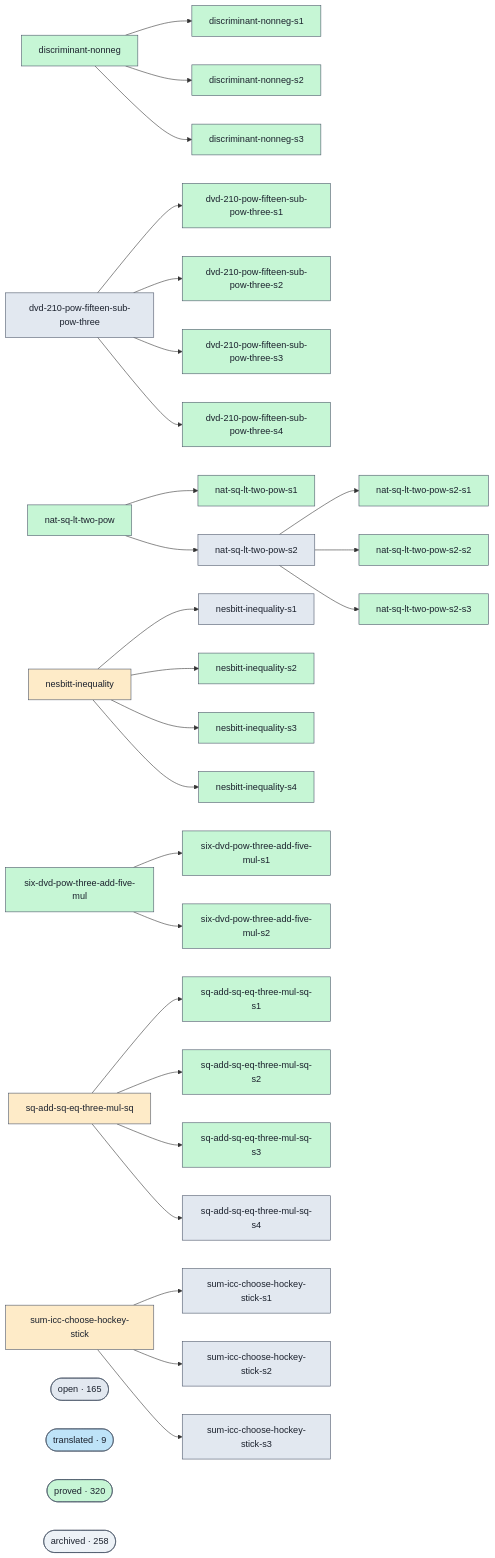
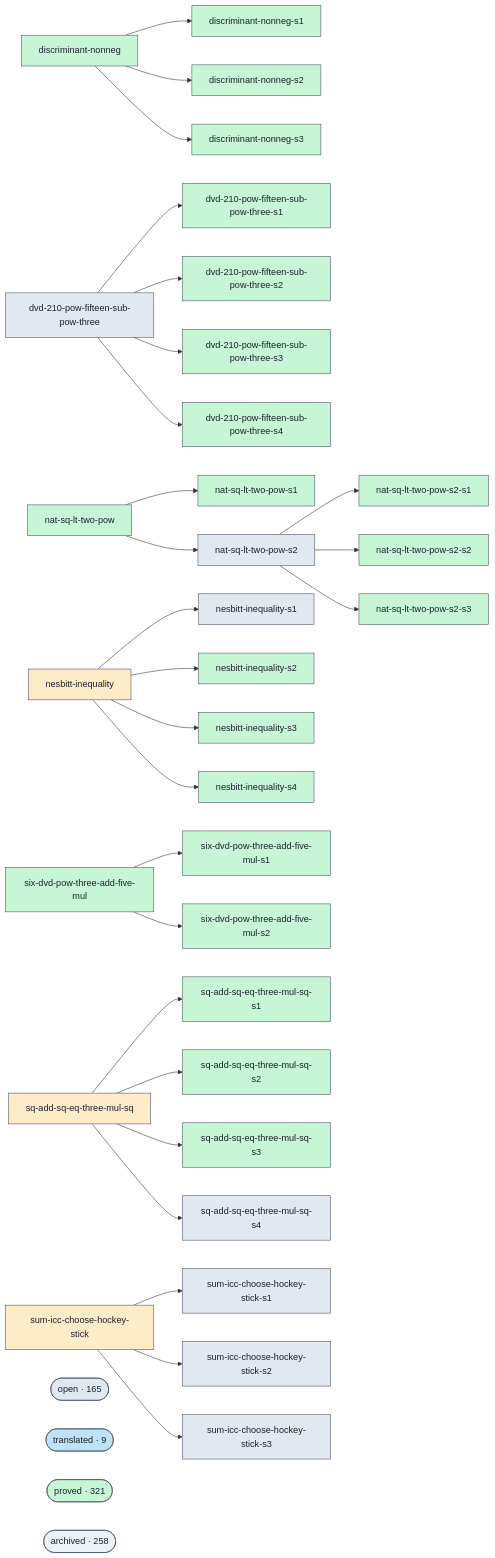
Before and after one commit to ohdearquant/unsorry: the diagram in docs/proofs-contributors-visualisation.md, drawn with Mermaid. The commit also changed other lines of this file and 2 other files, not shown here.

```diff
--- a/docs/proofs-contributors-visualisation.md
+++ b/docs/proofs-contributors-visualisation.md
@@ -147,7 +147,7 @@
   class cluster_open open;
   cluster_translated(["translated · 9"])
   class cluster_translated translated;
-  cluster_proved(["proved · 320"])
+  cluster_proved(["proved · 321"])
   class cluster_proved proved;
   cluster_archived(["archived · 258"])
   class cluster_archived unknown;
```
